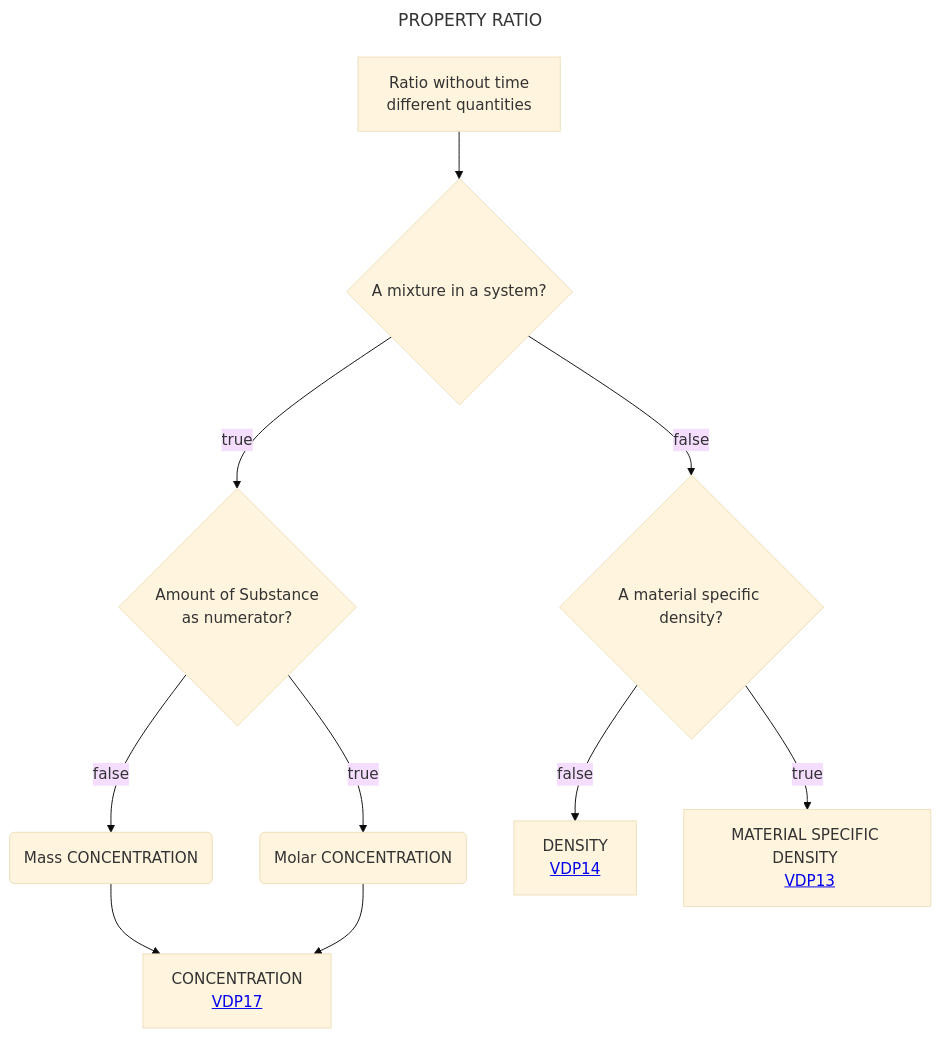
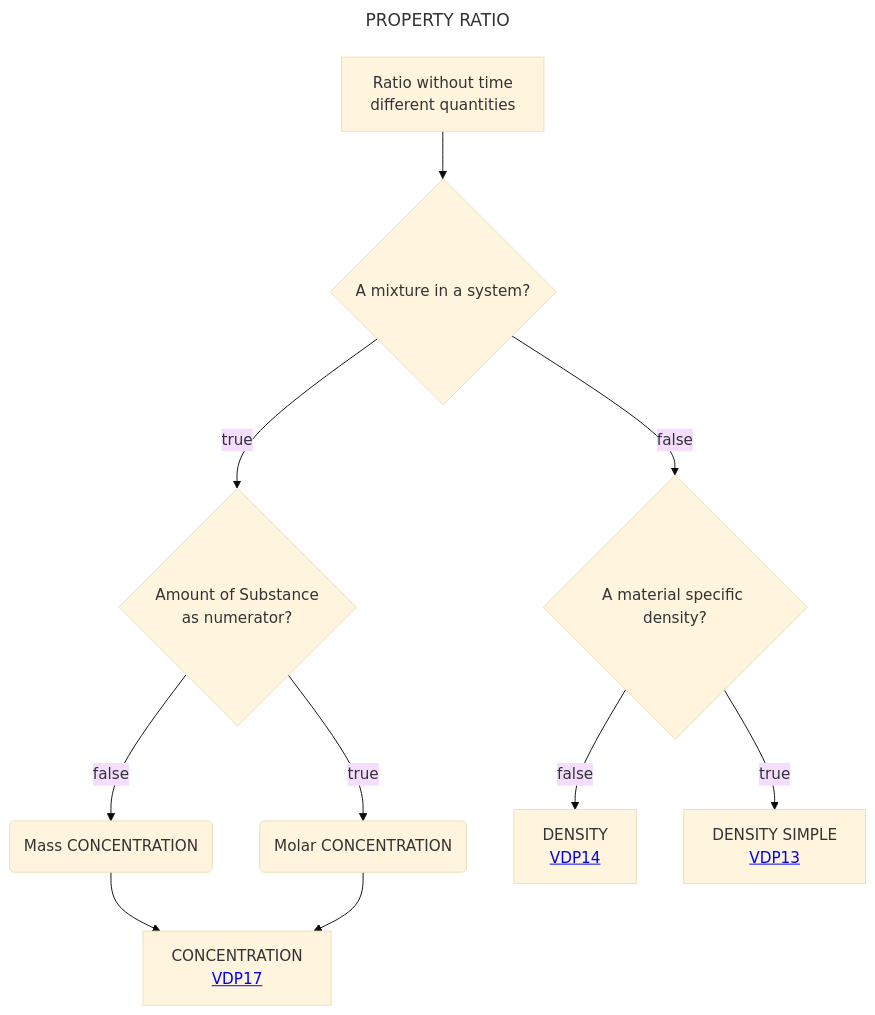
One commit to mabablue/I-ADOPT-patterns-playground changed the diagram in Decisition_trees/DT4.mmd. Above: the diagram before and after it, drawn with Mermaid (base theme).

```diff
--- a/Decisition_trees/DT4.mmd
+++ b/Decisition_trees/DT4.mmd
@@ -1,13 +1,13 @@
 ---
 title: PROPERTY RATIO
 ---
 flowchart TD
     A[Ratio without time <br> different quantities] --> P{A mixture in a system?}
     P --> |true|Q{Amount of Substance <br> as numerator?}
     Q --> |true|R(Molar CONCENTRATION)
     Q --> |false|S(Mass CONCENTRATION)
     P --> |false|U{A material specific density?}
     S --> T[CONCENTRATION <br> <a href='https://github.com/mabablue/I-ADOPT-patterns-playground/blob/main/pattern/VDP17.yaml'>VDP17</a>]
     R --> T
     U --> |false|V[DENSITY <br> <a href='https://github.com/mabablue/I-ADOPT-patterns-playground/blob/main/pattern/VDP14.yaml'>VDP14</a>]
-    U --> |true|X[MATERIAL SPECIFIC DENSITY <br> <a href='https://github.com/mabablue/I-ADOPT-patterns-playground/blob/main/pattern/VDP13.yaml'>VDP13</a>]
+    U --> |true|X[DENSITY SIMPLE <br> <a href='https://github.com/mabablue/I-ADOPT-patterns-playground/blob/main/pattern/VDP13.yaml'>VDP13</a>]
```
